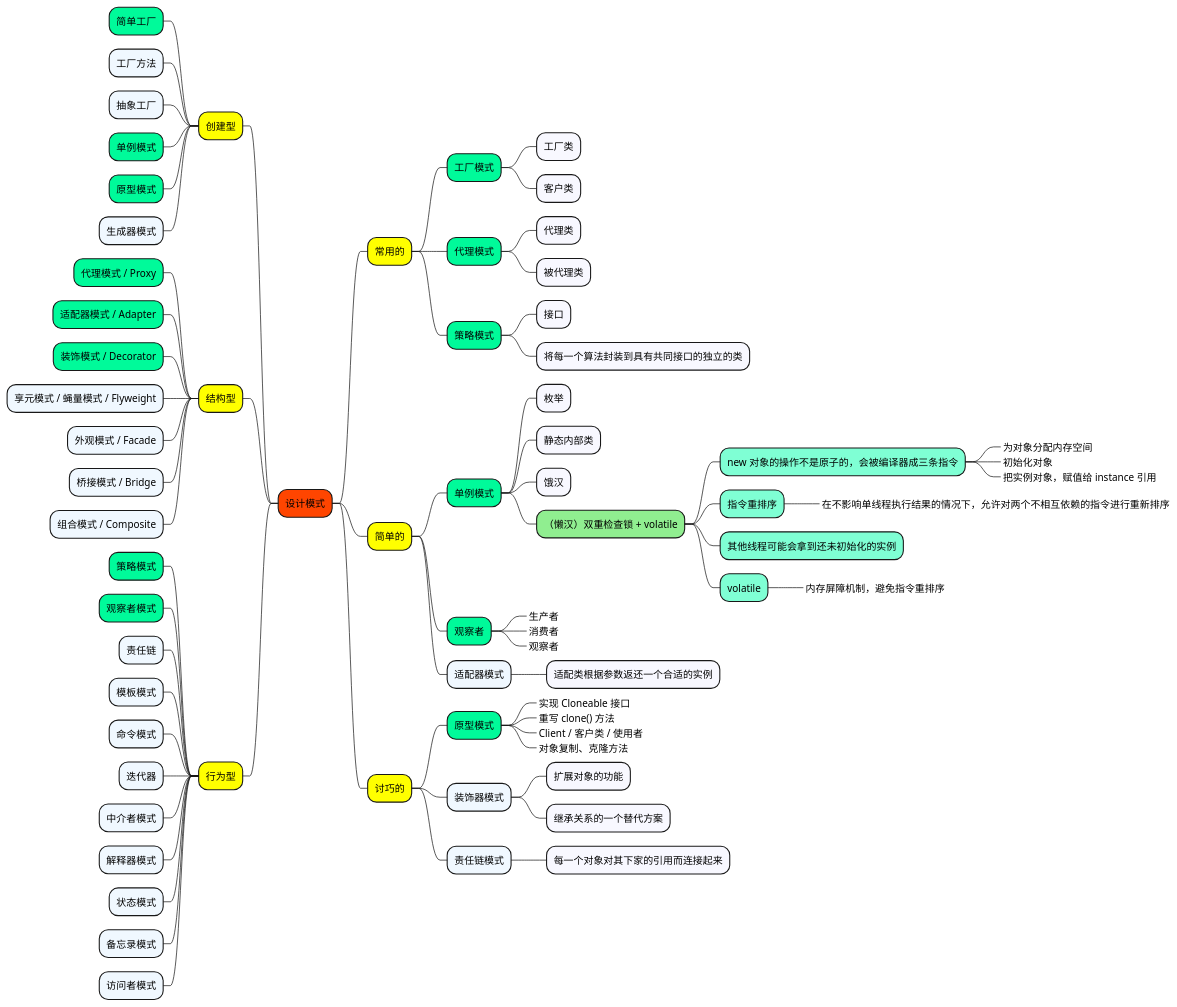
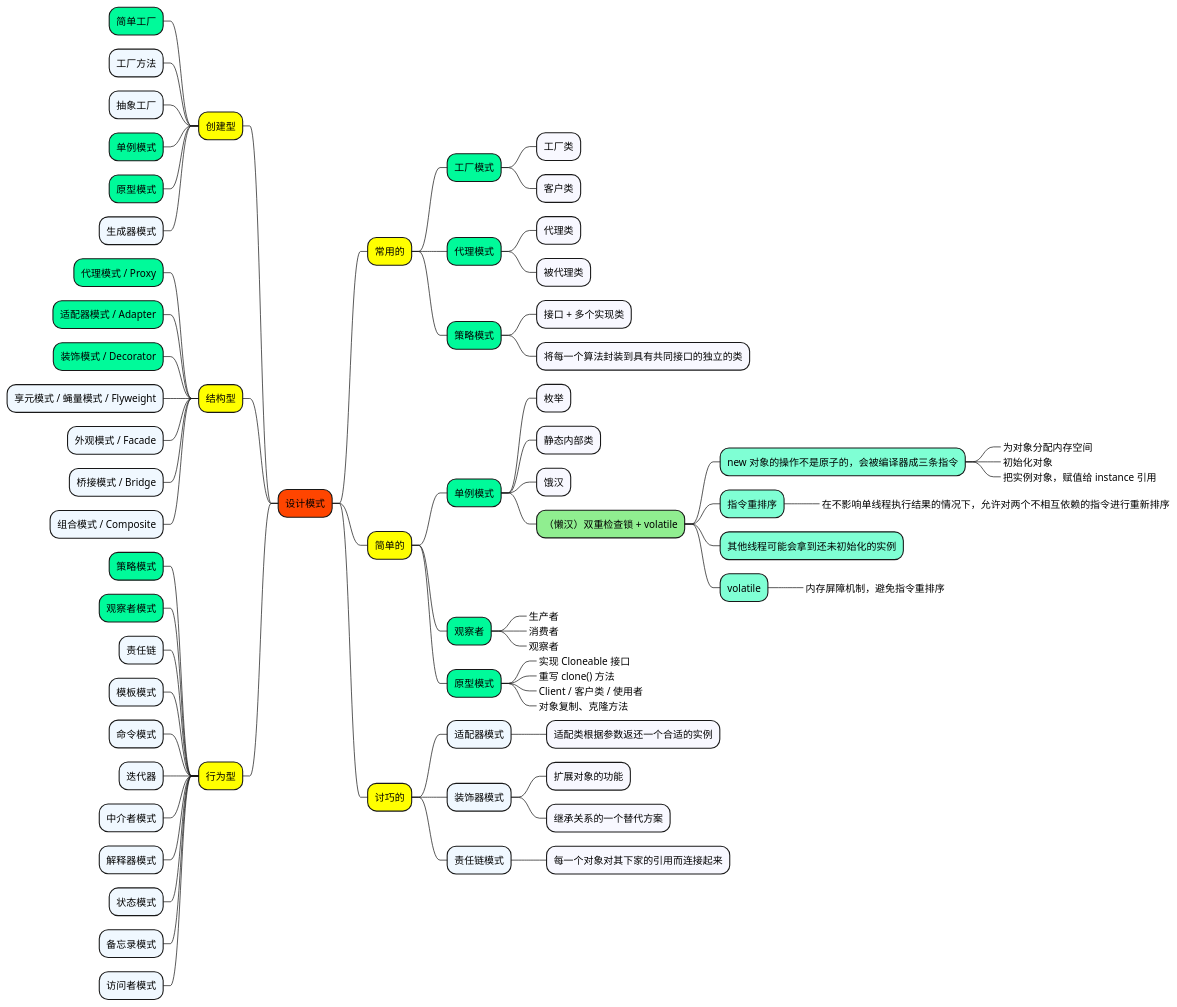
The diagram in 1_map/architecture/DesignPattern_设计模式.puml (doveg/self-cultivation-of-a-software-engineer), drawn with PlantUML before and after one commit. The commit also changed 6 other files, not shown here.

```diff
--- a/1_map/architecture/DesignPattern_设计模式.puml
+++ b/1_map/architecture/DesignPattern_设计模式.puml
@@ -1,102 +1,102 @@
 @startmindmap
 
 +[#OrangeRed] 设计模式
 
 ++[#yellow] 常用的
 
 +++[#MediumSpringGreen] 工厂模式
 ++++[#GhostWhite] 工厂类
 ++++[#GhostWhite] 客户类
 
 +++[#MediumSpringGreen] 代理模式
 ++++[#GhostWhite] 代理类
 ++++[#GhostWhite] 被代理类
 
 
 +++[#MediumSpringGreen] 策略模式
-++++[#GhostWhite] 接口
+++++[#GhostWhite] 接口 + 多个实现类
 ++++[#GhostWhite] 将每一个算法封装到具有共同接口的独立的类
 
 
 ++[#yellow] 简单的
 
 +++[#MediumSpringGreen] 单例模式
 ++++[#GhostWhite] 枚举
 ++++[#GhostWhite] 静态内部类
 ++++[#GhostWhite] 饿汉
 ++++[#LightGreen] （懒汉）双重检查锁 + volatile
 +++++[#Aquamarine] new 对象的操作不是原子的，会被编译器成三条指令
 ++++++[#Aquamarine]_ 为对象分配内存空间
 ++++++[#Aquamarine]_ 初始化对象
 ++++++[#Aquamarine]_ 把实例对象，赋值给 instance 引用
 +++++[#Aquamarine] 指令重排序
 ++++++[#Aquamarine]_ 在不影响单线程执行结果的情况下，允许对两个不相互依赖的指令进行重新排序
 +++++[#Aquamarine] 其他线程可能会拿到还未初始化的实例
 +++++[#Aquamarine] volatile
 ++++++[#Aquamarine]_ 内存屏障机制，避免指令重排序
 
 
 +++[#MediumSpringGreen] 观察者
 ++++[#GhostWhite]_ 生产者
 ++++[#GhostWhite]_ 消费者
 ++++[#GhostWhite]_ 观察者
 
-+++[#AliceBlue] 适配器模式
-++++[#GhostWhite] 适配类根据参数返还一个合适的实例
-
-
-
-
-++[#yellow] 讨巧的
 
 +++[#MediumSpringGreen] 原型模式
 ++++[#GhostWhite]_ 实现 Cloneable 接口
 ++++[#GhostWhite]_ 重写 clone() 方法
 ++++[#GhostWhite]_ Client / 客户类 / 使用者
 ++++[#GhostWhite]_ 对象复制、克隆方法
+
+
+
+++[#yellow] 讨巧的
+
++++[#AliceBlue] 适配器模式
+++++[#GhostWhite] 适配类根据参数返还一个合适的实例
 
 +++[#AliceBlue] 装饰器模式
 ++++[#GhostWhite] 扩展对象的功能
 ++++[#GhostWhite] 继承关系的一个替代方案
 
 +++[#AliceBlue] 责任链模式
 ++++[#GhostWhite] 每一个对象对其下家的引用而连接起来
 
 
 --[#yellow] 创建型
 
 ---[#MediumSpringGreen] 简单工厂
 ---[#AliceBlue] 工厂方法
 ---[#AliceBlue] 抽象工厂
 ---[#MediumSpringGreen] 单例模式
 ---[#MediumSpringGreen] 原型模式
 ---[#AliceBlue] 生成器模式
 
 
 --[#yellow] 结构型
 
 ---[#MediumSpringGreen] 代理模式 / Proxy
 ---[#MediumSpringGreen] 适配器模式 / Adapter
 ---[#MediumSpringGreen] 装饰模式 / Decorator
 ---[#AliceBlue] 享元模式 / 蝇量模式 / Flyweight
 ---[#AliceBlue] 外观模式 / Facade
 ---[#AliceBlue] 桥接模式 / Bridge
 ---[#AliceBlue] 组合模式 / Composite
 
 
 --[#yellow] 行为型
 
 ---[#MediumSpringGreen] 策略模式
 ---[#MediumSpringGreen] 观察者模式
 ---[#AliceBlue] 责任链
 ---[#AliceBlue] 模板模式
 ---[#AliceBlue] 命令模式
 ---[#AliceBlue] 迭代器
 ---[#AliceBlue] 中介者模式
 ---[#AliceBlue] 解释器模式
 ---[#AliceBlue] 状态模式
 ---[#AliceBlue] 备忘录模式
 ---[#AliceBlue] 访问者模式
 
 
 @endmindmap
```
